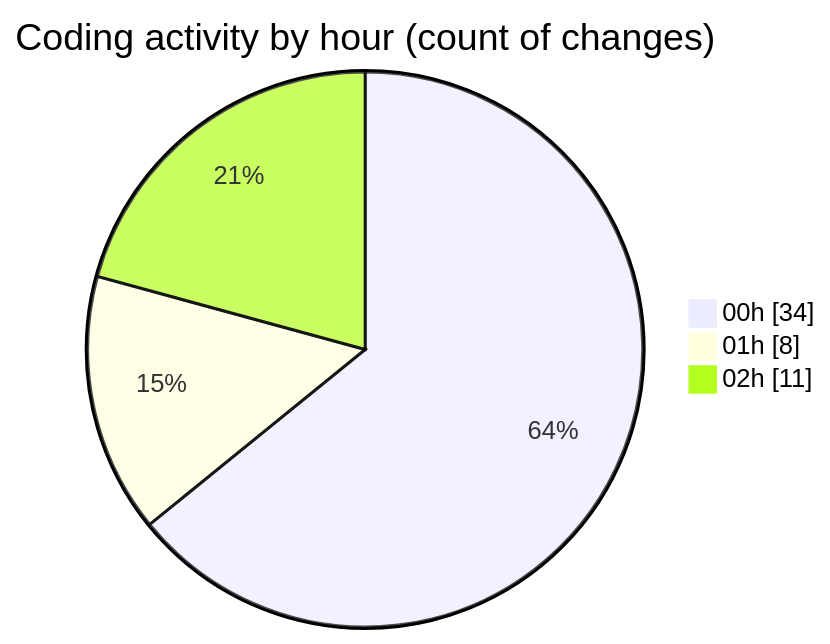
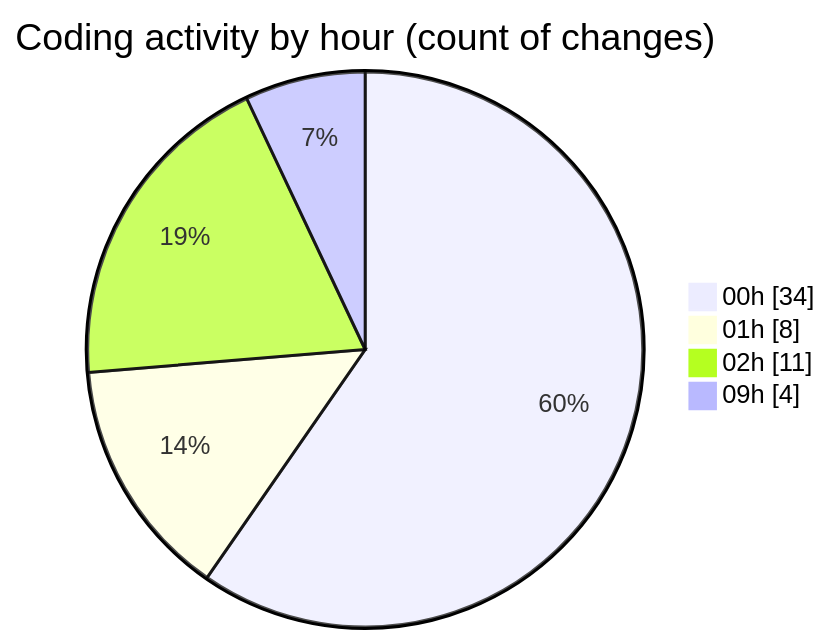
Before and after one commit to Elitesun/code-tracking: the second of 2 diagrams in 2025-05-18/niten/README.md, drawn with Mermaid. The commit also changed other lines of this file and 1 other file, not shown here.

````diff
--- a/2025-05-18/niten/README.md
+++ b/2025-05-18/niten/README.md
@@ -48,7 +50,8 @@
 ```mermaid
 pie showData
 title Coding activity by hour (count of changes)
 "00h" : 34
 "01h" : 8
 "02h" : 11
+"09h" : 4
 ```
````
